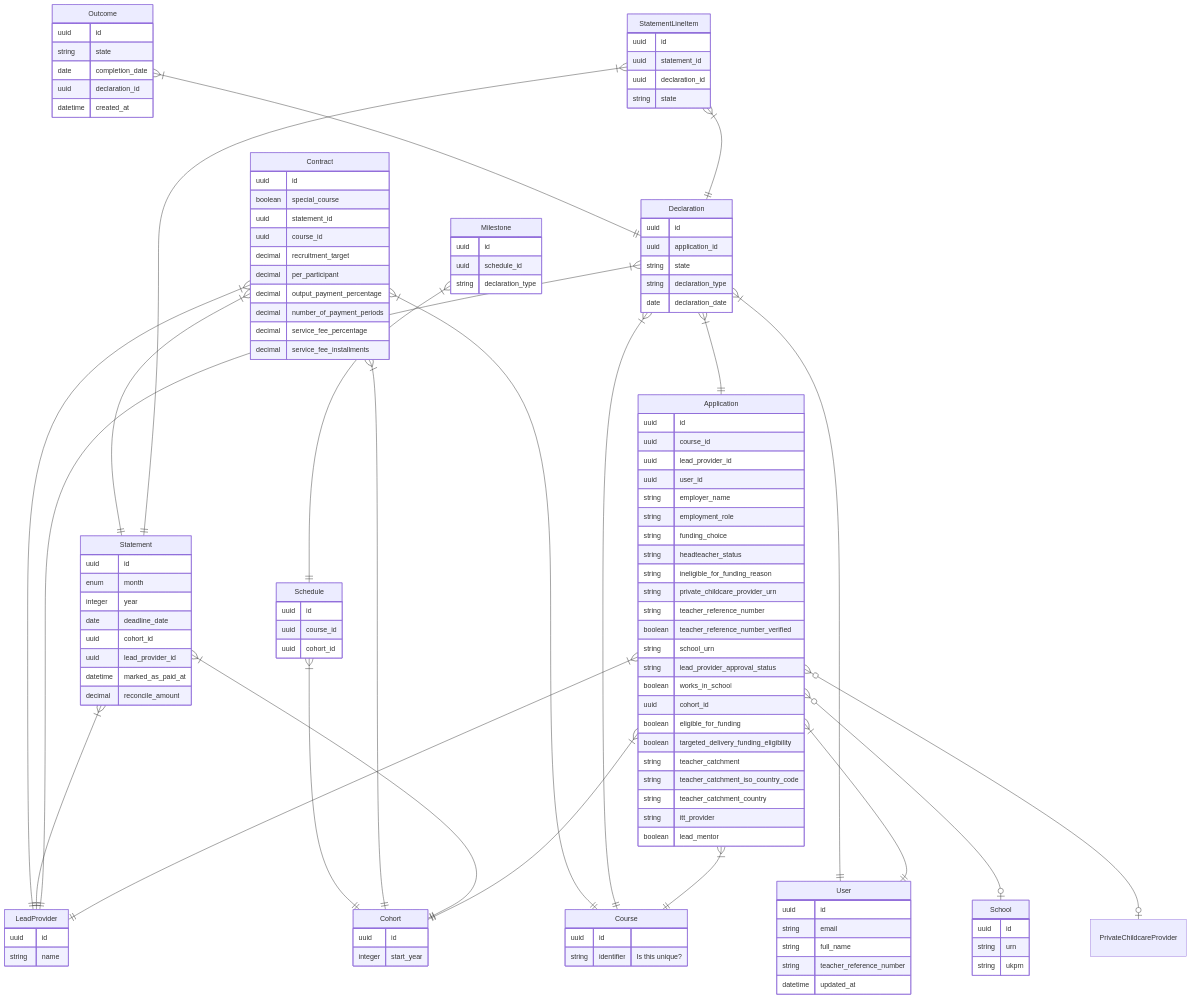
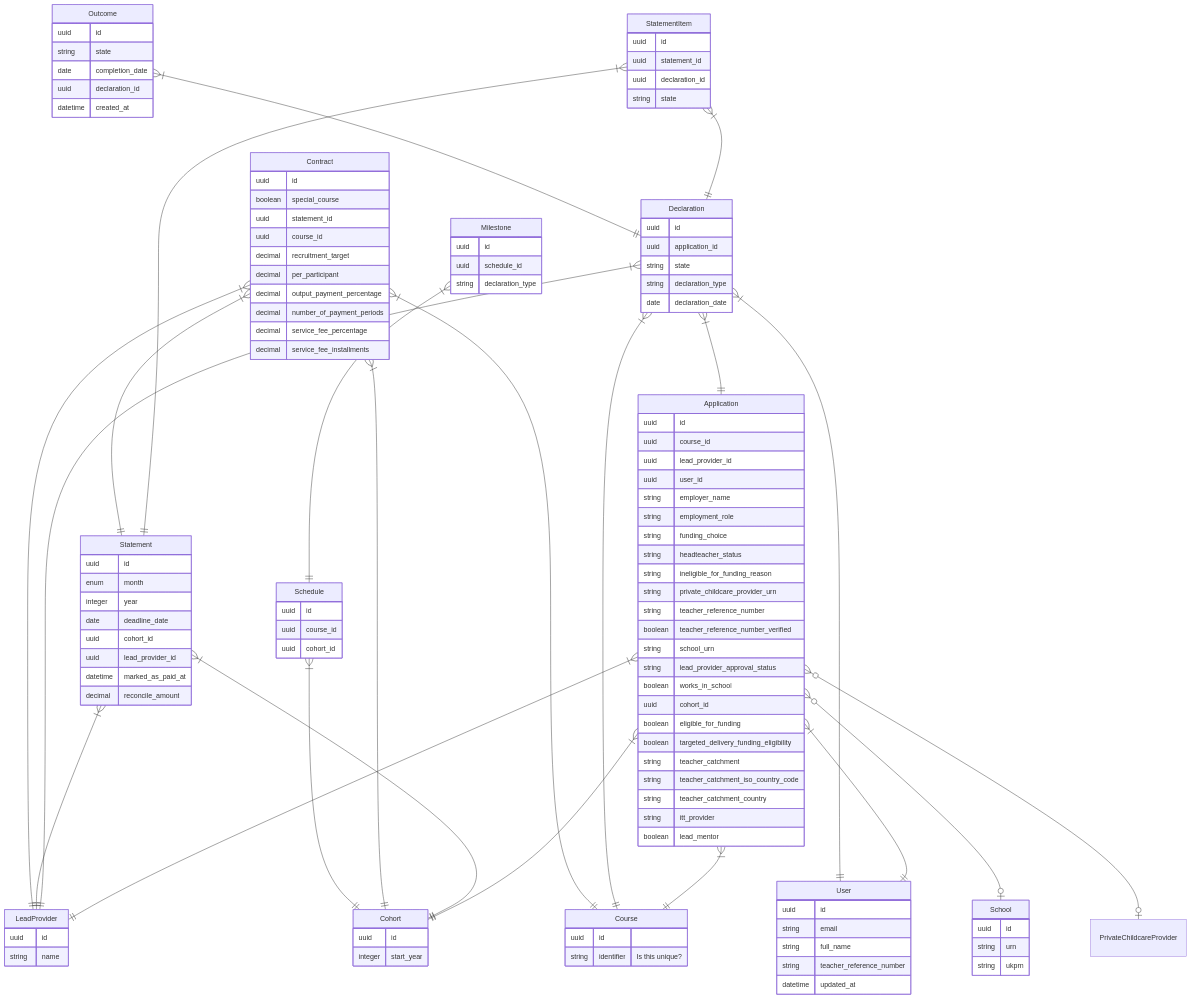
One commit to DFE-Digital/npq-separation changed the second of 4 diagrams in data-modelling.md. Above: the diagram before and after it, drawn with Mermaid. The commit also changed other lines of this file, not shown here.

Commit message:
Rename StatementLineItem to StatementItem
(Following this direction)[1] I am aligning our domain with the visual representation

[1]: https://github.com/DFE-Digital/npq-registration/pull/1036#discussion_r1422889944

```diff
--- a/data-modelling.md
+++ b/data-modelling.md
@@ -48,8 +48,8 @@
     Statement }|--|| LeadProvider : ""
     Statement }|--|| Cohort : ""
 
-    StatementLineItem }|--|| Statement : ""
-    StatementLineItem }|--|| Declaration : ""
+    StatementItem }|--|| Statement : ""
+    StatementItem }|--|| Declaration : ""
 
     Contract }|--|| LeadProvider : ""
     Contract }|--|| Cohort : ""
@@ -158,7 +158,7 @@
         decimal service_fee_installments
     }
 
-    StatementLineItem {
+    StatementItem {
         uuid id
         uuid statement_id
         uuid declaration_id
```
